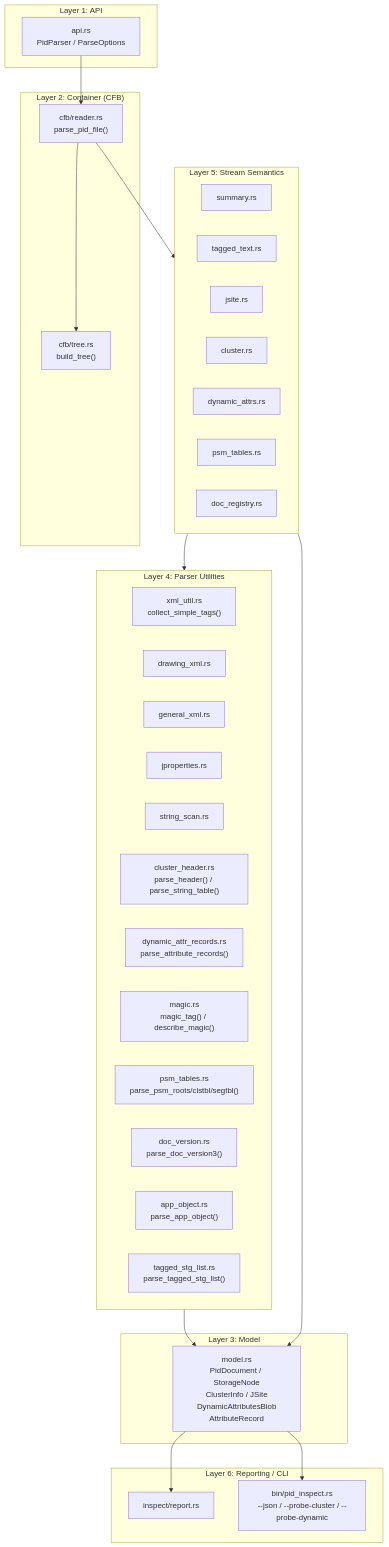
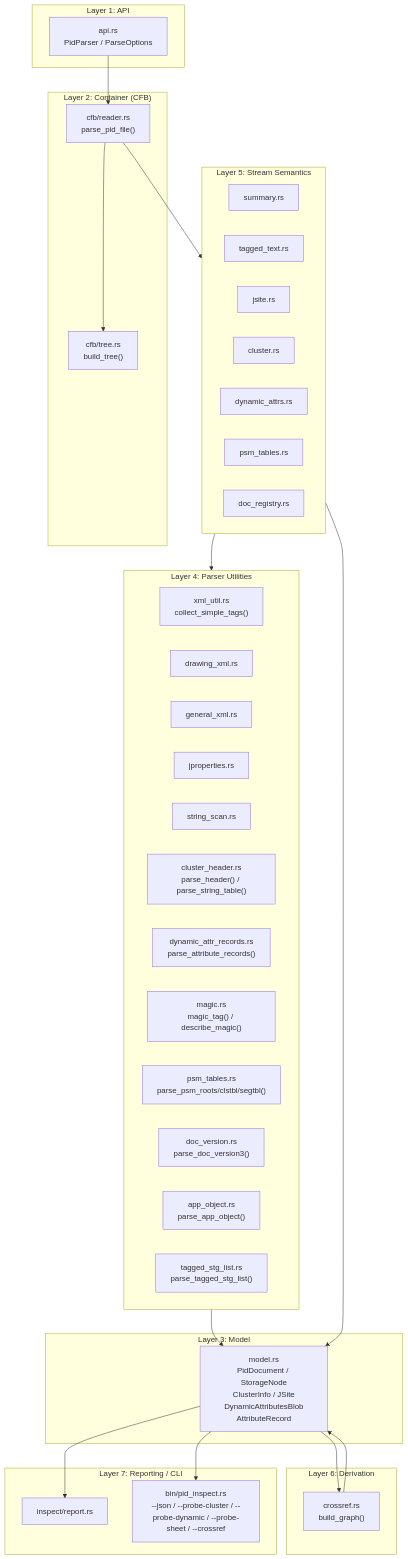
Before and after one commit to happyrust/pid-parse: the first of 4 diagrams in ARCHITECTURE.md, drawn with Mermaid. The commit also changed other lines of this file and 11 other files, not shown here.

First line of the commit message:
feat: v0.3.0-rc2 跨引用对象图 (Phase 6c)

````diff
--- a/ARCHITECTURE.md
+++ b/ARCHITECTURE.md
@@ -21,54 +21,60 @@
 ```mermaid
 flowchart TB
     subgraph L1["Layer 1: API"]
         api["api.rs\nPidParser / ParseOptions"]
     end
 
     subgraph L2["Layer 2: Container (CFB)"]
         reader["cfb/reader.rs\nparse_pid_file()"]
         tree["cfb/tree.rs\nbuild_tree()"]
     end
 
     subgraph L3["Layer 3: Model"]
         model["model.rs\nPidDocument / StorageNode\nClusterInfo / JSite\nDynamicAttributesBlob\nAttributeRecord"]
     end
 
     subgraph L4["Layer 4: Parser Utilities"]
         xml_util["xml_util.rs\ncollect_simple_tags()"]
         drawing["drawing_xml.rs"]
         general["general_xml.rs"]
         jprops["jproperties.rs"]
         strscan["string_scan.rs"]
         cluster_hdr["cluster_header.rs\nparse_header() / parse_string_table()"]
         da_records["dynamic_attr_records.rs\nparse_attribute_records()"]
         mg["magic.rs\nmagic_tag() / describe_magic()"]
         psm["psm_tables.rs\nparse_psm_roots/clstbl/segtbl()"]
         dv["doc_version.rs\nparse_doc_version3()"]
         ao["app_object.rs\nparse_app_object()"]
         ttsl["tagged_stg_list.rs\nparse_tagged_stg_list()"]
     end
 
     subgraph L5["Layer 5: Stream Semantics"]
         summary["summary.rs"]
         tagged["tagged_text.rs"]
         jsite["jsite.rs"]
         cluster["cluster.rs"]
         dynattr["dynamic_attrs.rs"]
         psm_s["psm_tables.rs"]
         dr["doc_registry.rs"]
     end
 
-    subgraph L6["Layer 6: Reporting / CLI"]
+    subgraph L6["Layer 6: Derivation"]
+        crossref["crossref.rs\nbuild_graph()"]
+    end
+
+    subgraph L7["Layer 7: Reporting / CLI"]
         report["inspect/report.rs"]
-        cli["bin/pid_inspect.rs\n--json / --probe-cluster / --probe-dynamic"]
+        cli["bin/pid_inspect.rs\n--json / --probe-cluster / --probe-dynamic / --probe-sheet / --crossref"]
     end
 
     api --> reader
     reader --> tree
     reader --> L5
     L5 --> L4
     L4 --> model
     L5 --> model
+    model --> crossref
+    crossref --> model
     model --> report
     model --> cli
 ```
````
